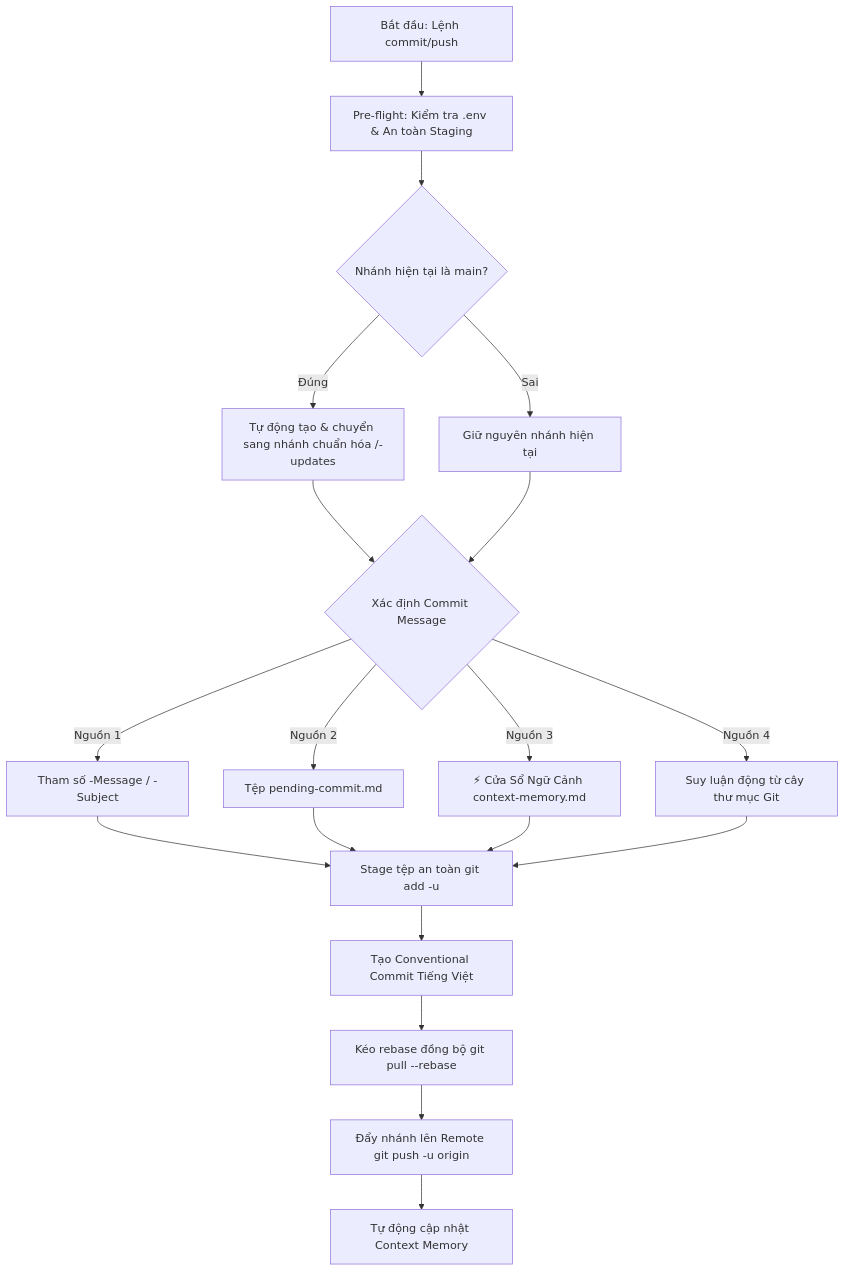
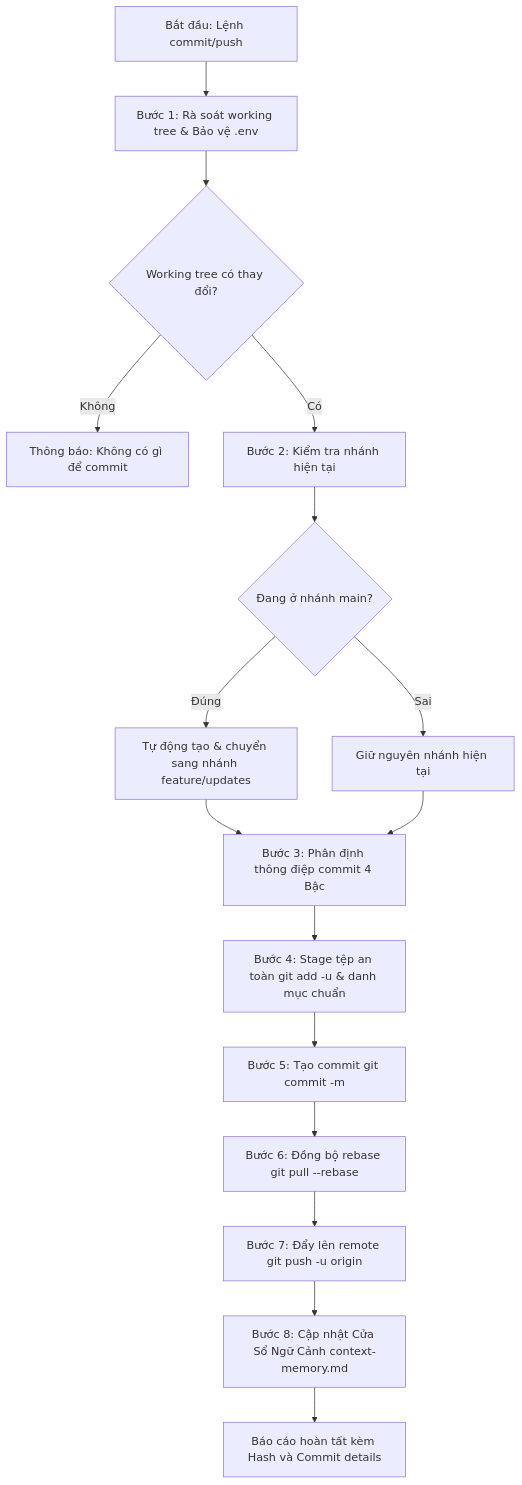
The diagram in .agents/skills/git-commit-push/SKILL.md (ThienleDuc/GDMAS), drawn with Mermaid before and after one commit. The commit also changed other lines of this file and 41 other files, not shown here.

First line of the commit message:
chore(skills): tái cấu trúc toàn bộ kỹ năng sang tài liệu hướng dẫn agent đơn tệp

````diff
--- a/.agents/skills/git-commit-push/SKILL.md
+++ b/.agents/skills/git-commit-push/SKILL.md
@@ -22,17 +23,17 @@
 ```mermaid
 flowchart TD
-    A[Bắt đầu: Lệnh commit/push] --> B[Pre-flight: Kiểm tra .env & An toàn Staging]
-    B --> C{Nhánh hiện tại là main?}
-    C -- Đúng --> D[Tự động tạo & chuyển sang nhánh chuẩn hóa <type>/<scope>-updates]
-    C -- Sai --> E[Giữ nguyên nhánh hiện tại]
-    D & E --> F{Xác định Commit Message}
-    F -- Nguồn 1 --> G[Tham số -Message / -Subject]
-    F -- Nguồn 2 --> H[Tệp pending-commit.md]
-    F -- Nguồn 3 --> I[⚡ Cửa Sổ Ngữ Cảnh context-memory.md]
-    F -- Nguồn 4 --> J[Suy luận động từ cây thư mục Git]
-    G & H & I & J --> K[Stage tệp an toàn git add -u]
-    K --> L[Tạo Conventional Commit Tiếng Việt]
-    L --> M[Kéo rebase đồng bộ git pull --rebase]
-    M --> N[Đẩy nhánh lên Remote git push -u origin]
-    N --> O[Tự động cập nhật Context Memory]
+    A[Bắt đầu: Lệnh commit/push] --> B[Bước 1: Rà soát working tree & Bảo vệ .env]
+    B --> C{Working tree có thay đổi?}
+    C -- Không --> D[Thông báo: Không có gì để commit]
+    C -- Có --> E[Bước 2: Kiểm tra nhánh hiện tại]
+    E --> F{Đang ở nhánh main?}
+    F -- Đúng --> G[Tự động tạo & chuyển sang nhánh feature/updates]
+    F -- Sai --> H[Giữ nguyên nhánh hiện tại]
+    G & H --> I[Bước 3: Phân định thông điệp commit 4 Bậc]
+    I --> J[Bước 4: Stage tệp an toàn git add -u & danh mục chuẩn]
+    J --> K[Bước 5: Tạo commit git commit -m]
+    K --> L[Bước 6: Đồng bộ rebase git pull --rebase]
+    L --> M[Bước 7: Đẩy lên remote git push -u origin]
+    M --> N[Bước 8: Cập nhật Cửa Sổ Ngữ Cảnh context-memory.md]
+    N --> O[Báo cáo hoàn tất kèm Hash và Commit details]
 ```
````
